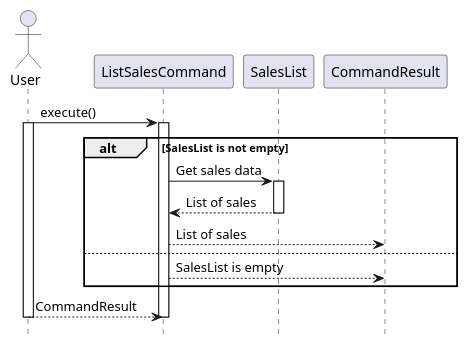
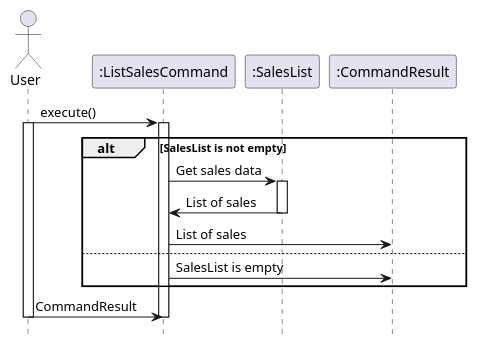
Before and after one commit to nus-cs2113-AY2324S1/tp: the diagram in docs/UML Diagrams/ListSalesCommand.puml, drawn with PlantUML. The commit also changed 5 other files, not shown here.

Commit message:
Update PPP, UML diagrams, UG and DG

```diff
--- a/docs/UML Diagrams/ListSalesCommand.puml
+++ b/docs/UML Diagrams/ListSalesCommand.puml
@@ -1,25 +1,25 @@
 @startuml
 hide footbox
 actor User
-participant ListSalesCommand
-participant SalesList
-participant CommandResult
+participant ":ListSalesCommand" as ListSalesCommand
+participant ":SalesList" as SalesList
+participant ":CommandResult" as CommandResult
 
 User -> ListSalesCommand: execute()
 activate User
 activate ListSalesCommand
 
 alt SalesList is not empty
   ListSalesCommand -> SalesList: Get sales data
   activate SalesList
-  SalesList --> ListSalesCommand: List of sales
+  SalesList -> ListSalesCommand: List of sales
   deactivate SalesList
-  ListSalesCommand --> CommandResult: List of sales
+  ListSalesCommand -> CommandResult: List of sales
   else
-  ListSalesCommand --> CommandResult: SalesList is empty
+  ListSalesCommand -> CommandResult: SalesList is empty
 end
 
-User --> ListSalesCommand: CommandResult
+User -> ListSalesCommand: CommandResult
 deactivate User
 deactivate ListSalesCommand
 @enduml
```
